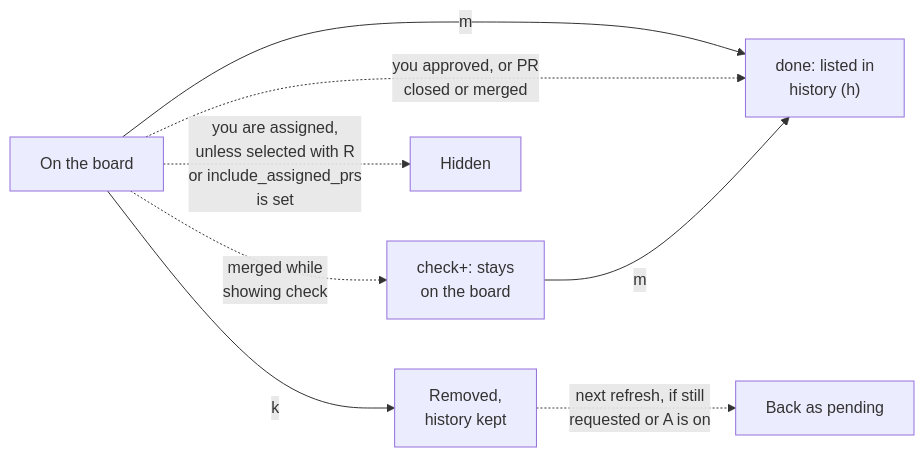
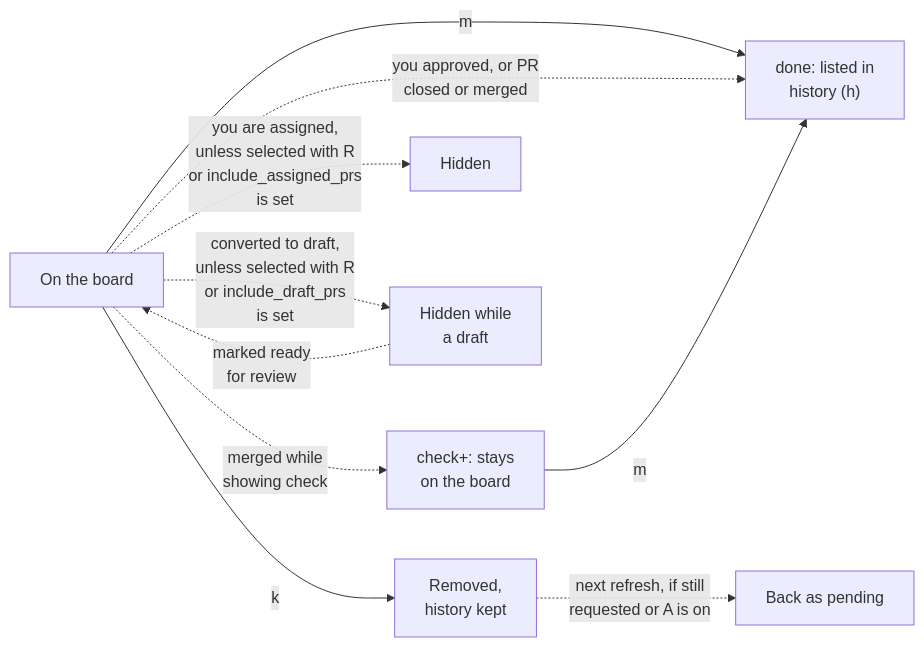
Before and after one commit to heikkitoivonen/diffbutler: the diagram in docs/diagrams/pr-exit.mmd, drawn with Mermaid. The commit also changed 14 other files, not shown here.

First line of the commit message:
Hide draft PRs from the review queue by default

```diff
--- a/docs/diagrams/pr-exit.mmd
+++ b/docs/diagrams/pr-exit.mmd
@@ -1,10 +1,12 @@
 flowchart LR
     board["On the board"]
     board -->|"m"| done
     board -.->|"you approved, or PR<br/>closed or merged"| done
     board -.->|"merged while<br/>showing check"| checkplus["check+: stays<br/>on the board"]
     checkplus -->|"m"| done
     done["done: listed in<br/>history (h)"]
     board -->|"k"| reset["Removed,<br/>history kept"]
     reset -.->|"next refresh, if still<br/>requested or A is on"| back["Back as pending"]
     board -.->|"you are assigned,<br/>unless selected with R<br/>or include_assigned_prs<br/>is set"| hidden["Hidden"]
+    board -.->|"converted to draft,<br/>unless selected with R<br/>or include_draft_prs<br/>is set"| draft["Hidden while<br/>a draft"]
+    draft -.->|"marked ready<br/>for review"| board
```
